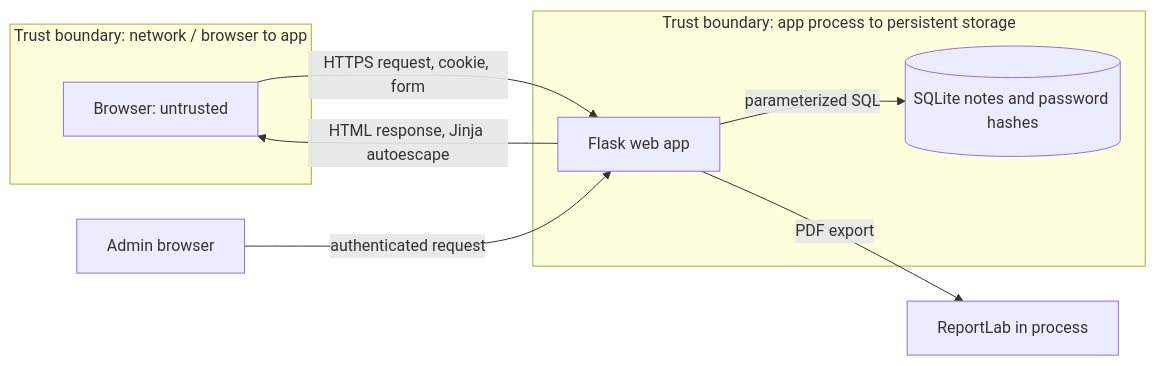
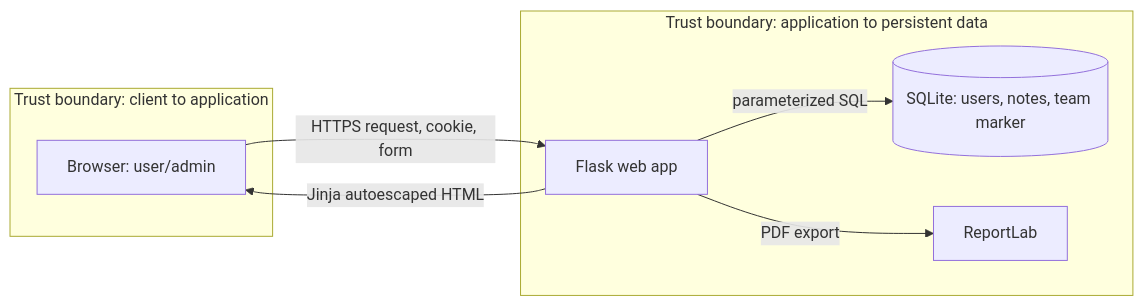
Before and after one commit to march006/notevault-glass: the diagram in project/REPORT-TEMPLATE.md, drawn with Mermaid. The commit also changed other lines of this file and 4 other files, not shown here.

Commit message:
fix: persist GLASS trace marker and align course report

````diff
--- a/project/REPORT-TEMPLATE.md
+++ b/project/REPORT-TEMPLATE.md
@@ -17,15 +30,15 @@
 ```mermaid
 flowchart LR
- B[Browser: untrusted] -->|HTTPS request, cookie, form| W[Flask web app]
- W -->|parameterized SQL| D[(SQLite notes and password hashes)]
- W -->|PDF export| E[ReportLab in process]
- W -->|HTML response, Jinja autoescape| B
- A[Admin browser] -->|authenticated request| W
- subgraph TB1[Trust boundary: network / browser to app]
+ B[Browser: user/admin] -->|HTTPS request, cookie, form| W[Flask web app]
+ W -->|parameterized SQL| D[(SQLite: users, notes, team marker)]
+ W -->|PDF export| E[ReportLab]
+ W -->|Jinja autoescaped HTML| B
+ subgraph TB1[Trust boundary: client to application]
  B
  end
- subgraph TB2[Trust boundary: app process to persistent storage]
+ subgraph TB2[Trust boundary: application to persistent data]
  W
  D
+ E
  end
 ```
````
